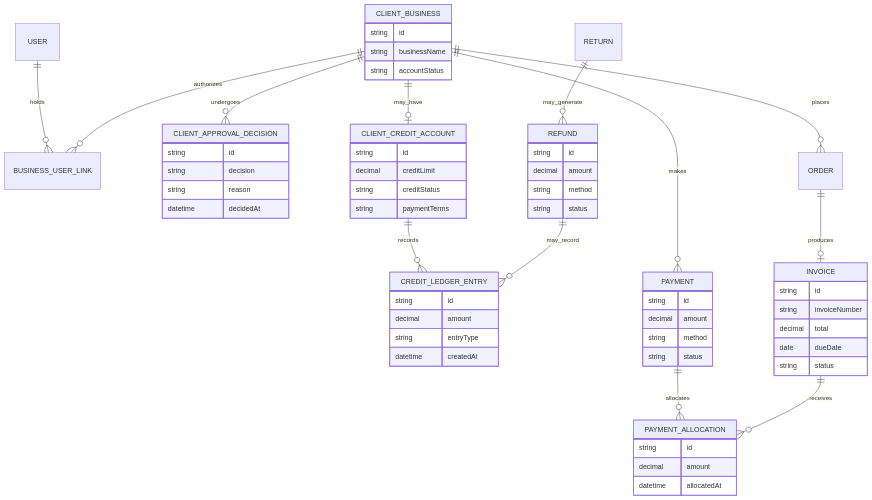
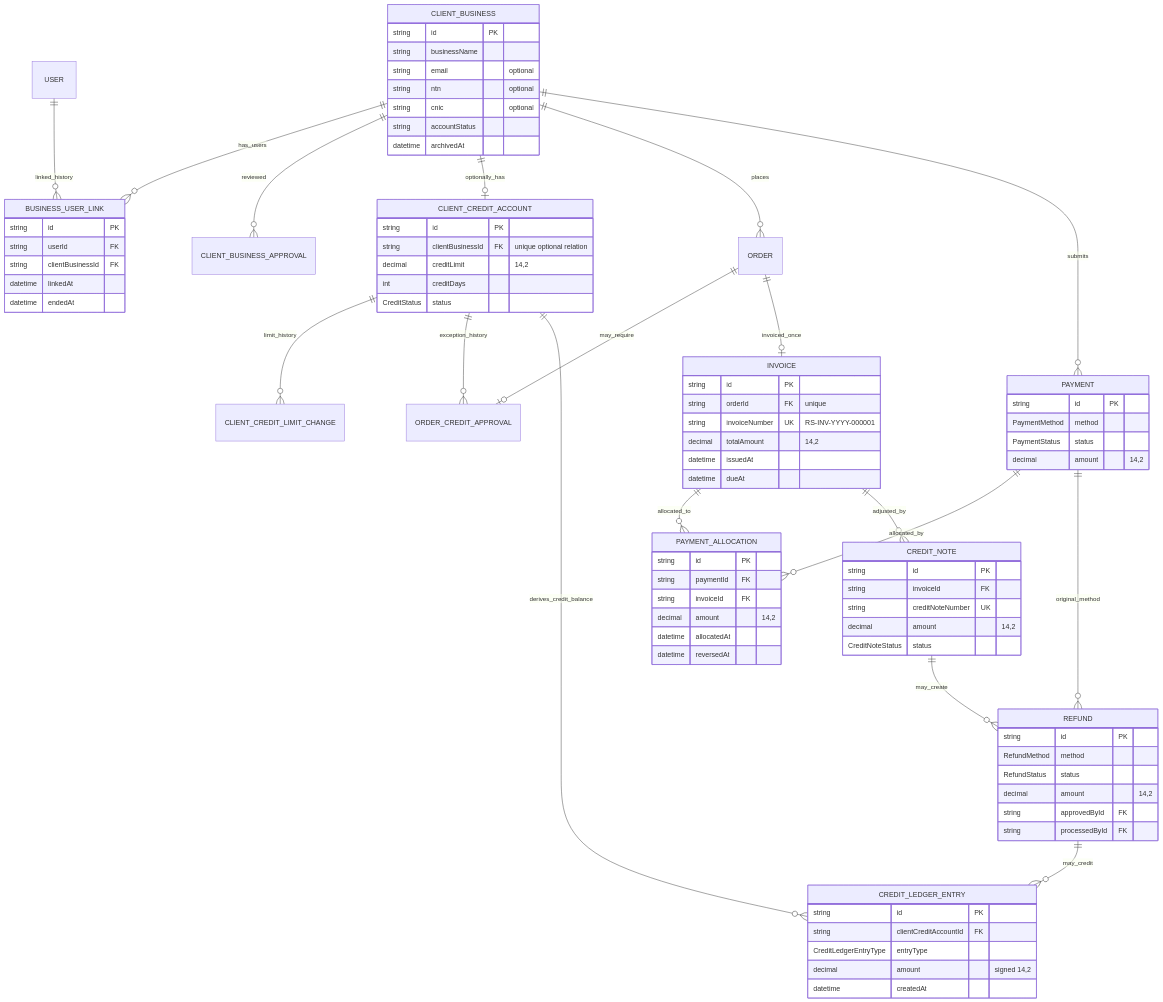
One commit to ahmed000248/raza-stationers changed the diagram in docs/diagrams/erd/clients-credit-erd-v0.1.mmd. Above: the diagram before and after it, drawn with Mermaid. The commit also changed 14 other files, not shown here.

Commit message:
docs & db: update Phase 4 physical schema design and diagram specifications

```diff
--- a/docs/diagrams/erd/clients-credit-erd-v0.1.mmd
+++ b/docs/diagrams/erd/clients-credit-erd-v0.1.mmd
@@ -1,65 +1,90 @@
-%% Raza Stationers - Clients, credit and payments conceptual ERD v0.1
-%% Balances are ledger-derived. Payments and invoices are related through
-%% allocations so partial and cross-invoice payments remain traceable.
-
 erDiagram
-    USER ||--o{ BUSINESS_USER_LINK : holds
-    CLIENT_BUSINESS ||--o{ BUSINESS_USER_LINK : authorizes
-    CLIENT_BUSINESS ||--o{ CLIENT_APPROVAL_DECISION : undergoes
-    CLIENT_BUSINESS ||--o| CLIENT_CREDIT_ACCOUNT : may_have
-    CLIENT_CREDIT_ACCOUNT ||--o{ CREDIT_LEDGER_ENTRY : records
+    USER ||--o{ BUSINESS_USER_LINK : linked_history
+    CLIENT_BUSINESS ||--o{ BUSINESS_USER_LINK : has_users
+    CLIENT_BUSINESS ||--o{ CLIENT_BUSINESS_APPROVAL : reviewed
+    CLIENT_BUSINESS ||--o| CLIENT_CREDIT_ACCOUNT : optionally_has
+    CLIENT_CREDIT_ACCOUNT ||--o{ CLIENT_CREDIT_LIMIT_CHANGE : limit_history
+    CLIENT_CREDIT_ACCOUNT ||--o{ ORDER_CREDIT_APPROVAL : exception_history
+    CLIENT_CREDIT_ACCOUNT ||--o{ CREDIT_LEDGER_ENTRY : derives_credit_balance
     CLIENT_BUSINESS ||--o{ ORDER : places
-    ORDER ||--o| INVOICE : produces
-    CLIENT_BUSINESS ||--o{ PAYMENT : makes
-    PAYMENT ||--o{ PAYMENT_ALLOCATION : allocates
-    INVOICE ||--o{ PAYMENT_ALLOCATION : receives
-    RETURN ||--o{ REFUND : may_generate
-    REFUND ||--o{ CREDIT_LEDGER_ENTRY : may_record
+    ORDER ||--o| ORDER_CREDIT_APPROVAL : may_require
+    ORDER ||--o| INVOICE : invoiced_once
+    CLIENT_BUSINESS ||--o{ PAYMENT : submits
+    PAYMENT ||--o{ PAYMENT_ALLOCATION : allocated_by
+    INVOICE ||--o{ PAYMENT_ALLOCATION : allocated_to
+    INVOICE ||--o{ CREDIT_NOTE : adjusted_by
+    CREDIT_NOTE ||--o{ REFUND : may_create
+    PAYMENT ||--o{ REFUND : original_method
+    REFUND ||--o{ CREDIT_LEDGER_ENTRY : may_credit
 
     CLIENT_BUSINESS {
-        string id
+        string id PK
         string businessName
+        string email "optional"
+        string ntn "optional"
+        string cnic "optional"
         string accountStatus
+        datetime archivedAt
     }
-    CLIENT_APPROVAL_DECISION {
-        string id
-        string decision
-        string reason
-        datetime decidedAt
+    BUSINESS_USER_LINK {
+        string id PK
+        string userId FK
+        string clientBusinessId FK
+        datetime linkedAt
+        datetime endedAt
     }
     CLIENT_CREDIT_ACCOUNT {
-        string id
-        decimal creditLimit
-        string creditStatus
-        string paymentTerms
+        string id PK
+        string clientBusinessId FK "unique optional relation"
+        decimal creditLimit "14,2"
+        int creditDays
+        CreditStatus status
     }
     INVOICE {
-        string id
-        string invoiceNumber
-        decimal total
-        date dueDate
-        string status
+        string id PK
+        string orderId FK "unique"
+        string invoiceNumber UK "RS-INV-YYYY-000001"
+        decimal totalAmount "14,2"
+        datetime issuedAt
+        datetime dueAt
     }
     PAYMENT {
-        string id
-        decimal amount
-        string method
-        string status
+        string id PK
+        PaymentMethod method
+        PaymentStatus status
+        decimal amount "14,2"
     }
     PAYMENT_ALLOCATION {
-        string id
-        decimal amount
+        string id PK
+        string paymentId FK
+        string invoiceId FK
+        decimal amount "14,2"
         datetime allocatedAt
+        datetime reversedAt
     }
     CREDIT_LEDGER_ENTRY {
-        string id
-        decimal amount
-        string entryType
+        string id PK
+        string clientCreditAccountId FK
+        CreditLedgerEntryType entryType
+        decimal amount "signed 14,2"
         datetime createdAt
     }
+    CREDIT_NOTE {
+        string id PK
+        string invoiceId FK
+        string creditNoteNumber UK
+        decimal amount "14,2"
+        CreditNoteStatus status
+    }
     REFUND {
-        string id
-        decimal amount
-        string method
-        string status
+        string id PK
+        RefundMethod method
+        RefundStatus status
+        decimal amount "14,2"
+        string approvedById FK
+        string processedById FK
     }
+
+%% Credit is optional: ClientBusiness to ClientCreditAccount is 0..1.
+%% Unverified payments do not change Invoice or client-credit balances.
+%% Allocation reconfiguration reverses rows and adds replacements; history stays.
```
